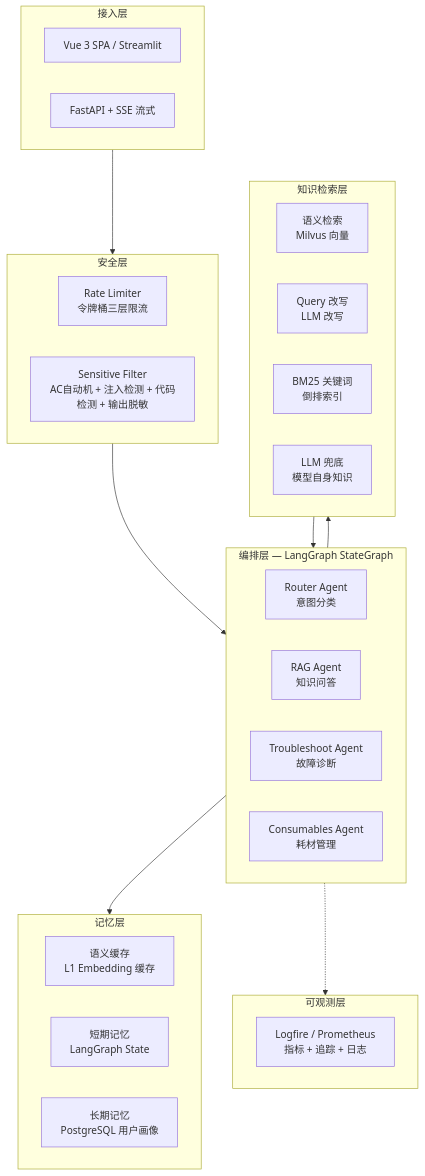
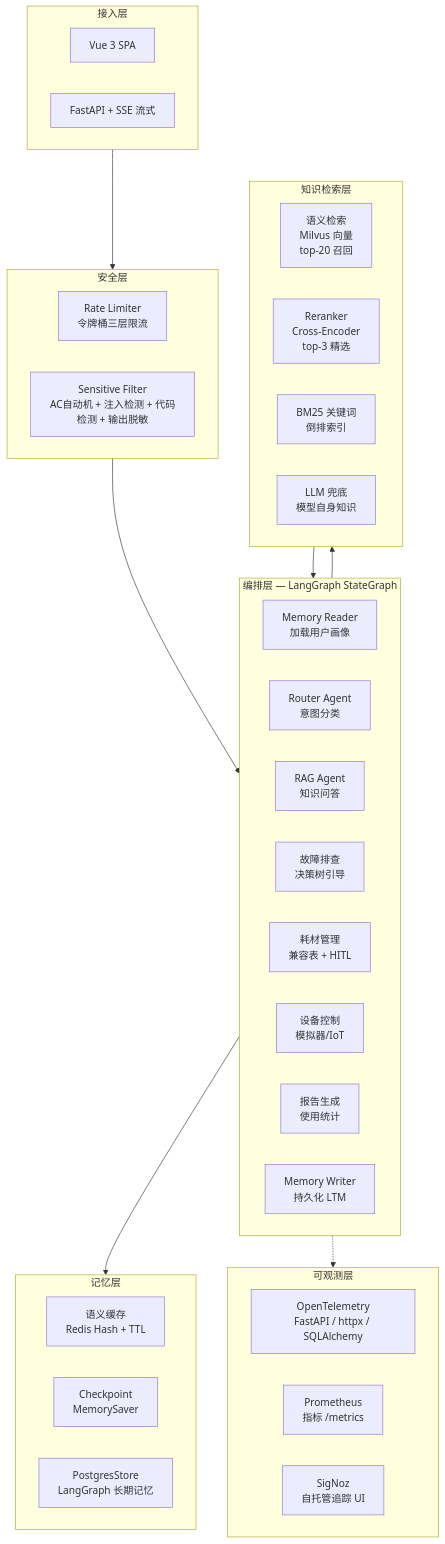
The diagram in docs/ARCHITECTURE.md (jiang436/smart-qa-agent-system), drawn with Mermaid before and after one commit. The commit also changed other lines of this file and 23 other files, not shown here.

````diff
--- a/docs/ARCHITECTURE.md
+++ b/docs/ARCHITECTURE.md
@@ -10,41 +5,47 @@
 ```mermaid
 flowchart TB
     subgraph 接入["接入层"]
-        UI[Vue 3 SPA / Streamlit]
+        UI[Vue 3 SPA]
         API[FastAPI + SSE 流式]
     end
 
     subgraph 安全["安全层"]
-        RL[Rate Limiter<br/>令牌桶三层限流]
-        SF[Sensitive Filter<br/>AC自动机 + 注入检测 + 代码检测 + 输出脱敏]
+        RL[Rate Limiter<br>令牌桶三层限流]
+        SF[Sensitive Filter<br>AC自动机 + 注入检测 + 代码检测 + 输出脱敏]
     end
 
     subgraph 编排["编排层 — LangGraph StateGraph"]
-        Router[Router Agent<br/>意图分类]
-        QA[RAG Agent<br/>知识问答]
-        TS[Troubleshoot Agent<br/>故障诊断]
-        CS[Consumables Agent<br/>耗材管理]
+        MR[Memory Reader<br>加载用户画像]
+        Router[Router Agent<br>意图分类]
+        QA[RAG Agent<br>知识问答]
+        TS[故障排查<br>决策树引导]
+        CS[耗材管理<br>兼容表 + HITL]
+        DC[设备控制<br>模拟器/IoT]
+        RP[报告生成<br>使用统计]
+        MW[Memory Writer<br>持久化 LTM]
     end
 
     subgraph 检索["知识检索层"]
-        SR[语义检索<br/>Milvus 向量]
-        QR[Query 改写<br/>LLM 改写]
-        BM[BM25 关键词<br/>倒排索引]
-        LLM[LLM 兜底<br/>模型自身知识]
+        SR[语义检索<br>Milvus 向量<br>top-20 召回]
+        RN[Reranker<br>Cross-Encoder<br>top-3 精选]
+        BM[BM25 关键词<br>倒排索引]
+        LLM[LLM 兜底<br>模型自身知识]
     end
 
     subgraph 记忆["记忆层"]
-        SC[语义缓存<br/>L1 Embedding 缓存]
-        ST[短期记忆<br/>LangGraph State]
-        LT[长期记忆<br/>PostgreSQL 用户画像]
+        SC[语义缓存<br>Redis Hash + TTL]
+        CK[Checkpoint<br>MemorySaver]
+        ST[PostgresStore<br>LangGraph 长期记忆]
     end
 
     subgraph 可观测["可观测层"]
-        LG[Logfire / Prometheus<br/>指标 + 追踪 + 日志]
+        OT[OpenTelemetry<br>FastAPI / httpx / SQLAlchemy]
+        PR[Prometheus<br>指标 /metrics]
+        SN[SigNoz<br>自托管追踪 UI]
     end
 
     接入 --> 安全 --> 编排
     编排 --> 检索 --> 编排
     编排 --> 记忆
     编排 -.-> 可观测
 ```
````
